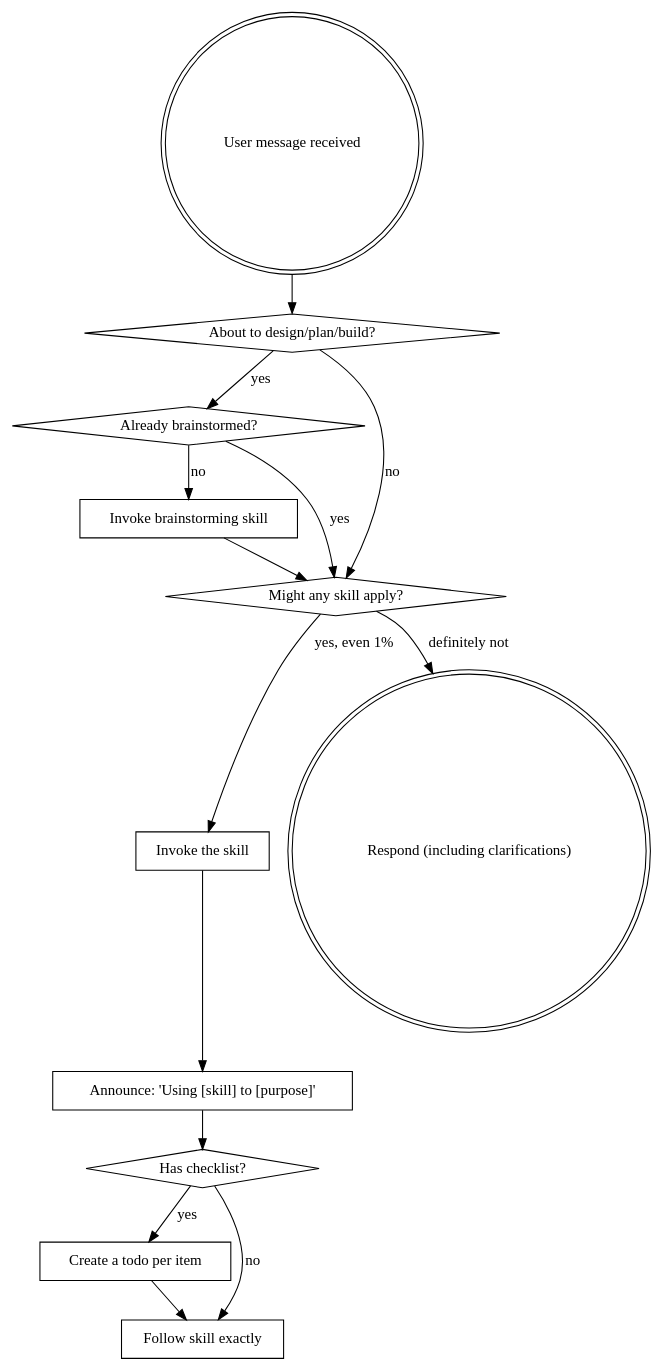
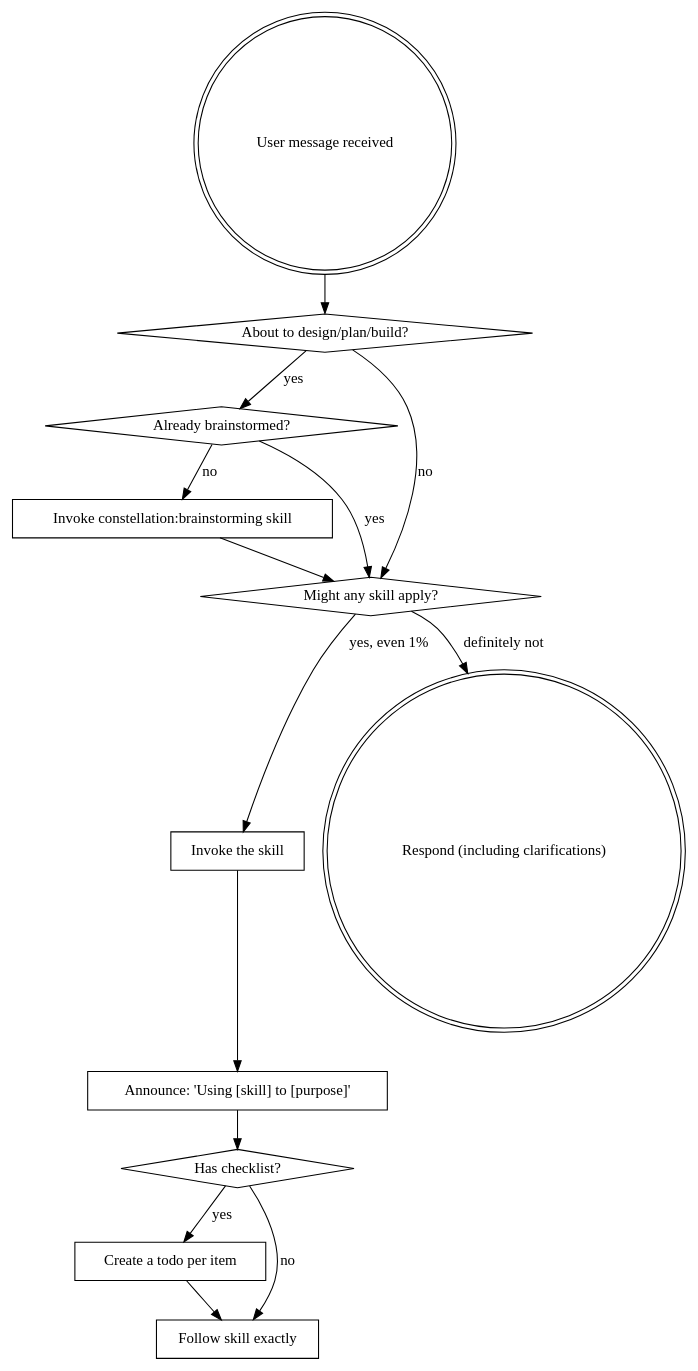
One commit to TrevorEdris/constellation changed the diagram in skills/using-constellation/SKILL.md. Above: the diagram before and after it, drawn with Graphviz. The commit also changed other lines of this file and 10 other files, not shown here.

````diff
--- a/skills/using-constellation/SKILL.md
+++ b/skills/using-constellation/SKILL.md
@@ -39,29 +41,29 @@
 ```dot
 digraph skill_flow {
     "User message received" [shape=doublecircle];
     "About to design/plan/build?" [shape=diamond];
     "Already brainstormed?" [shape=diamond];
-    "Invoke brainstorming skill" [shape=box];
+    "Invoke constellation:brainstorming skill" [shape=box];
     "Might any skill apply?" [shape=diamond];
     "Invoke the skill" [shape=box];
     "Announce: 'Using [skill] to [purpose]'" [shape=box];
     "Has checklist?" [shape=diamond];
     "Create a todo per item" [shape=box];
     "Follow skill exactly" [shape=box];
     "Respond (including clarifications)" [shape=doublecircle];
 
     "User message received" -> "About to design/plan/build?";
     "About to design/plan/build?" -> "Already brainstormed?" [label="yes"];
     "About to design/plan/build?" -> "Might any skill apply?" [label="no"];
-    "Already brainstormed?" -> "Invoke brainstorming skill" [label="no"];
+    "Already brainstormed?" -> "Invoke constellation:brainstorming skill" [label="no"];
     "Already brainstormed?" -> "Might any skill apply?" [label="yes"];
-    "Invoke brainstorming skill" -> "Might any skill apply?";
+    "Invoke constellation:brainstorming skill" -> "Might any skill apply?";
     "Might any skill apply?" -> "Invoke the skill" [label="yes, even 1%"];
     "Might any skill apply?" -> "Respond (including clarifications)" [label="definitely not"];
     "Invoke the skill" -> "Announce: 'Using [skill] to [purpose]'";
     "Announce: 'Using [skill] to [purpose]'" -> "Has checklist?";
     "Has checklist?" -> "Create a todo per item" [label="yes"];
     "Has checklist?" -> "Follow skill exactly" [label="no"];
     "Create a todo per item" -> "Follow skill exactly";
 }
 ```
````
